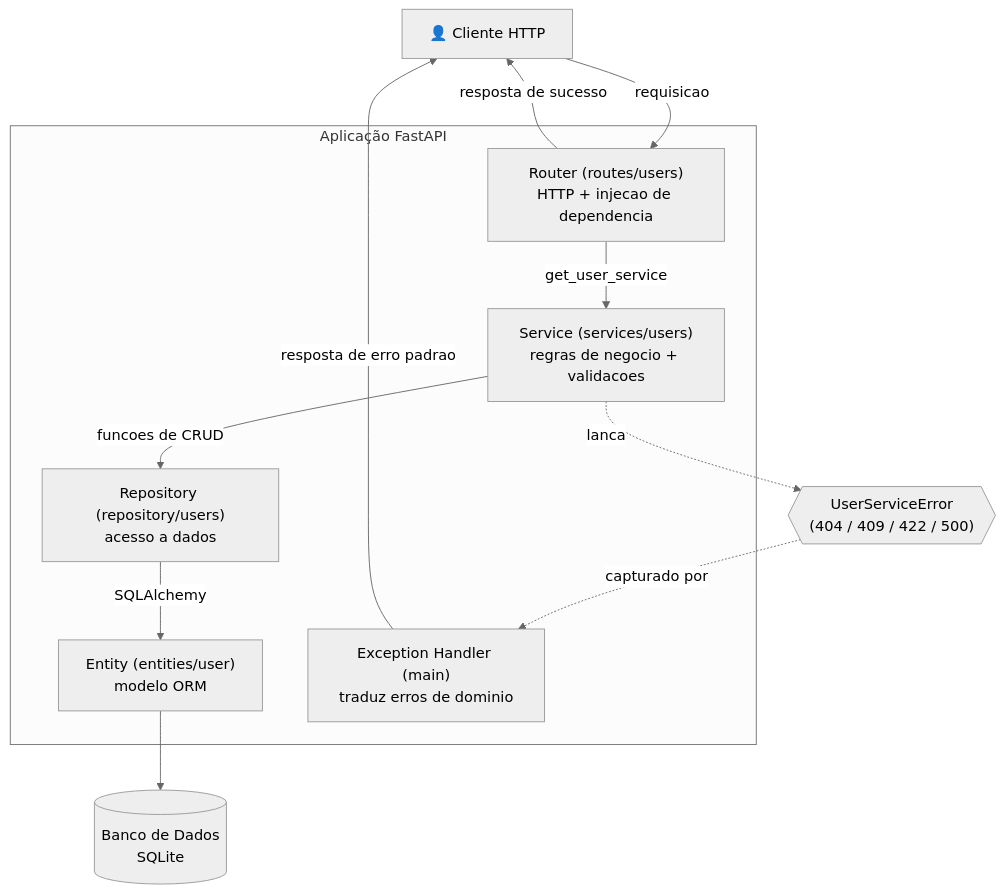
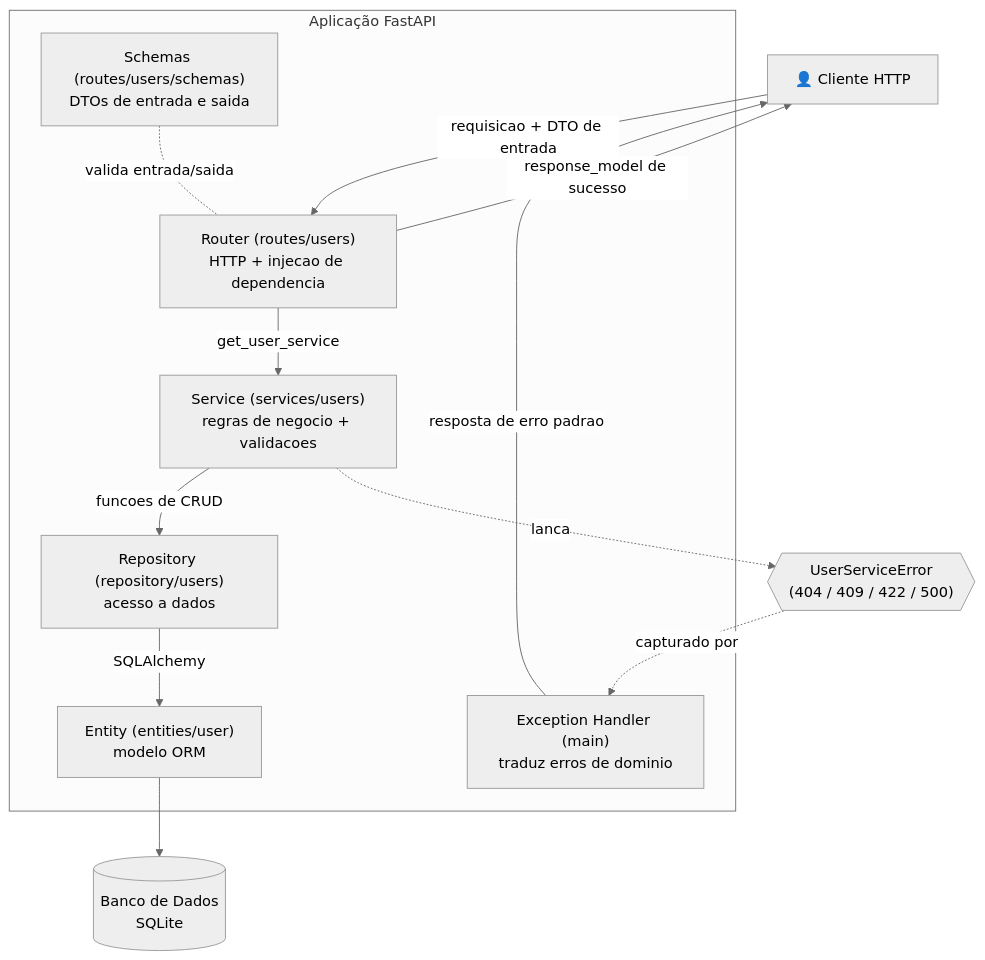
The first of 3 diagrams in README.md (yasminsantos2/teste-estagio-2026), drawn with Mermaid (neutral theme) before and after one commit. The commit also changed other lines of this file and 5 other files, not shown here.

````diff
--- a/README.md
+++ b/README.md
@@ -93,24 +93,26 @@
 ```mermaid
 flowchart TD
-    Client["👤 Cliente HTTP"] -->|requisicao| Router
+    Client["👤 Cliente HTTP"] -->|requisicao + DTO de entrada| Router
 
     subgraph App["Aplicação FastAPI"]
+        Schemas["Schemas (routes/users/schemas)<br/>DTOs de entrada e saida"]
         Router["Router (routes/users)<br/>HTTP + injecao de dependencia"]
         Service["Service (services/users)<br/>regras de negocio + validacoes"]
         Repository["Repository (repository/users)<br/>acesso a dados"]
         Entity["Entity (entities/user)<br/>modelo ORM"]
         Handler["Exception Handler (main)<br/>traduz erros de dominio"]
     end
 
     DB[("Banco de Dados<br/>SQLite")]
 
+    Schemas -. valida entrada/saida .- Router
     Router -->|get_user_service| Service
     Service -->|funcoes de CRUD| Repository
     Repository -->|SQLAlchemy| Entity
     Entity --> DB
 
     Service -. lanca .-> Errors{{"UserServiceError<br/>(404 / 409 / 422 / 500)"}}
     Errors -. capturado por .-> Handler
     Handler -->|resposta de erro padrao| Client
-    Router -->|resposta de sucesso| Client
+    Router -->|response_model de sucesso| Client
 ```
````
